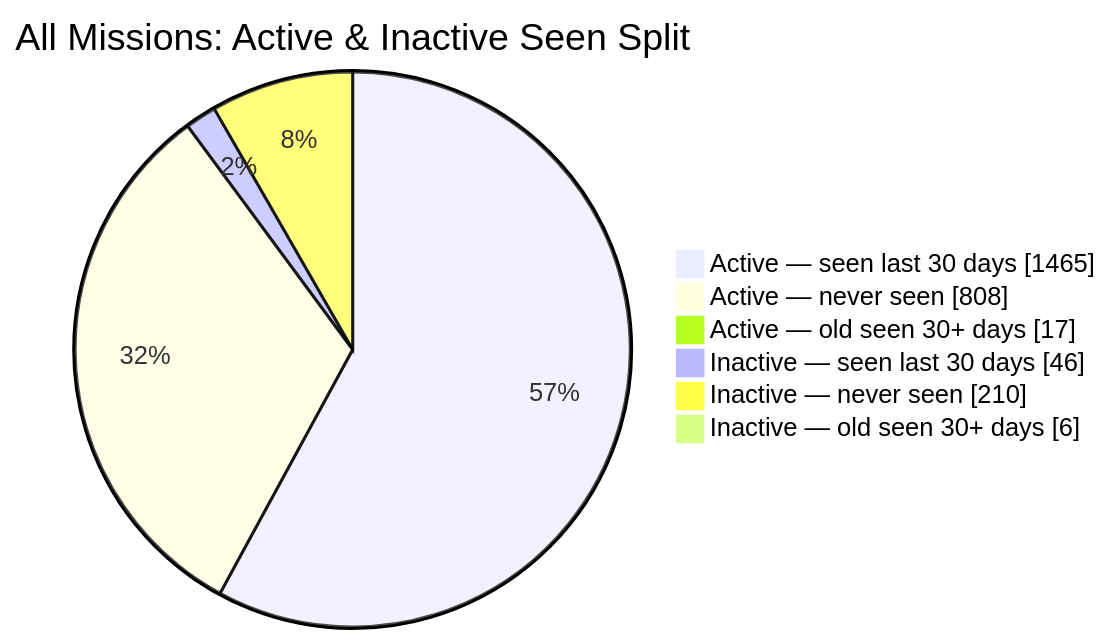
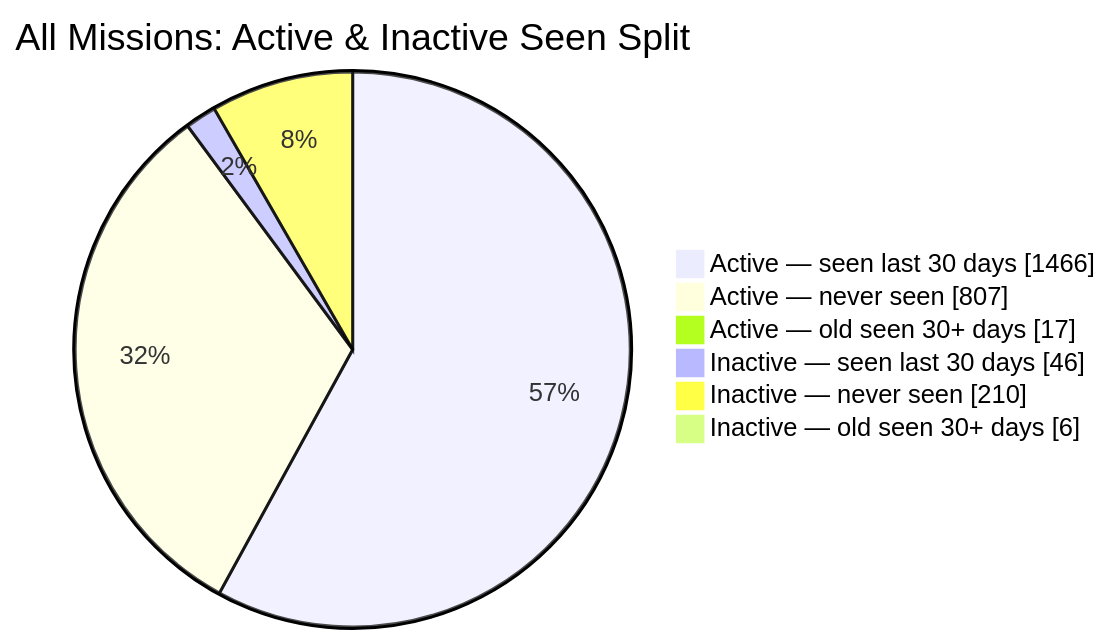
One commit to MeldkamerspelGameTeam/active-missions changed the second of 2 diagrams in README.md. Above: the diagram before and after it, drawn with Mermaid. The commit also changed other lines of this file and 3 other files, not shown here.

````diff
--- a/README.md
+++ b/README.md
@@ -44,10 +44,10 @@
 ```mermaid
 pie showData
     title All Missions: Active & Inactive Seen Split
-    "Active — seen last 30 days" : 1465
-    "Active — never seen" : 808
+    "Active — seen last 30 days" : 1466
+    "Active — never seen" : 807
     "Active — old seen 30+ days" : 17
     "Inactive — seen last 30 days" : 46
     "Inactive — never seen" : 210
     "Inactive — old seen 30+ days" : 6
 ```
````
